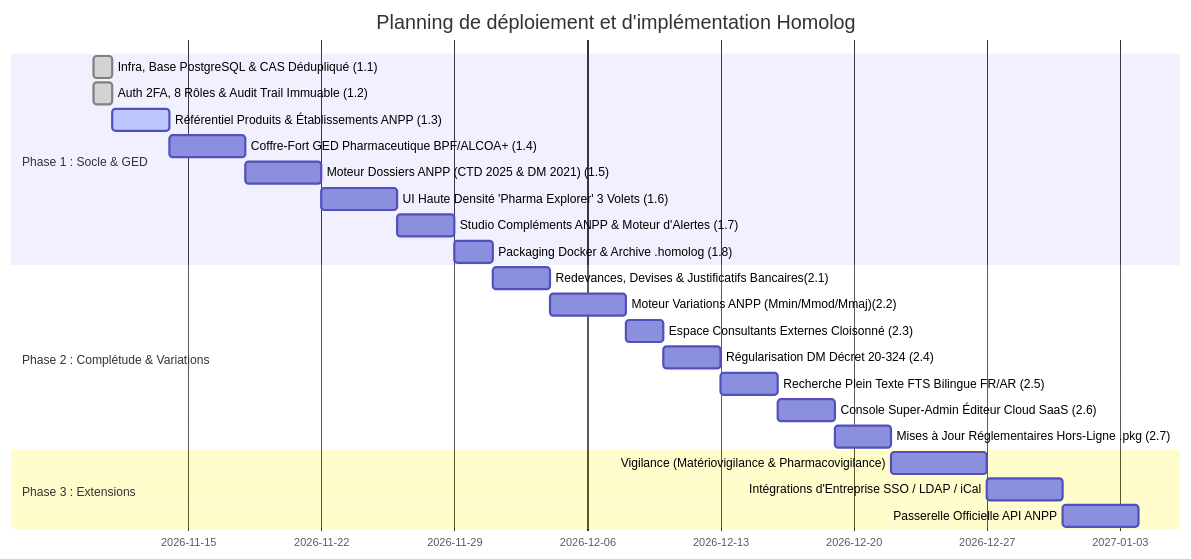
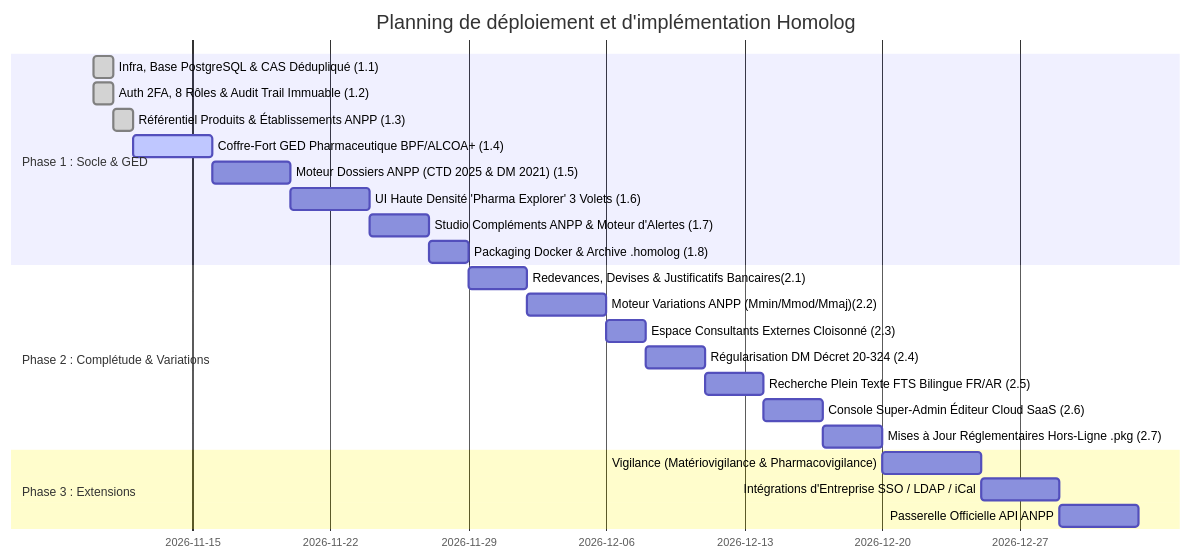
Before and after one commit to aassr1965/homolog: the diagram in docs/roadmap.md, drawn with Mermaid. The commit also changed other lines of this file, not shown here.

Commit message:
docs(roadmap): update Jalon 1.3 as completed and synchronize full regulatory requirements

````diff
--- a/docs/roadmap.md
+++ b/docs/roadmap.md
@@ -18,26 +18,26 @@
 ```mermaid
 gantt
     title Planning de déploiement et d'implémentation Homolog
     dateFormat  YYYY-MM-DD
     section Phase 1 : Socle & GED
     Infra, Base PostgreSQL & CAS Dédupliqué (1.1)    :done, p1_1, 2026-11-10, 1d
     Auth 2FA, 8 Rôles & Audit Trail Immuable (1.2)   :done, p1_2, 2026-11-10, 1d
-    Référentiel Produits & Établissements ANPP (1.3) :active, p1_3, 2026-11-11, 3d
-    Coffre-Fort GED Pharmaceutique BPF/ALCOA+ (1.4)  :p1_4, after p1_3, 4d
+    Référentiel Produits & Établissements ANPP (1.3) :done, p1_3, 2026-11-11, 1d
+    Coffre-Fort GED Pharmaceutique BPF/ALCOA+ (1.4)  :active, p1_4, after p1_3, 4d
     Moteur Dossiers ANPP (CTD 2025 & DM 2021) (1.5)  :p1_5, after p1_4, 4d
     UI Haute Densité 'Pharma Explorer' 3 Volets (1.6):p1_6, after p1_5, 4d
     Studio Compléments ANPP & Moteur d'Alertes (1.7) :p1_7, after p1_6, 3d
     Packaging Docker & Archive .homolog (1.8)        :p1_8, after p1_7, 2d
     section Phase 2 : Complétude & Variations
     Redevances, Devises & Justificatifs Bancaires(2.1):p2_1, after p1_8, 3d
     Moteur Variations ANPP (Mmin/Mmod/Mmaj)(2.2)     :p2_2, after p2_1, 4d
     Espace Consultants Externes Cloisonné (2.3)      :p2_3, after p2_2, 2d
     Régularisation DM Décret 20-324 (2.4)            :p2_4, after p2_3, 3d
     Recherche Plein Texte FTS Bilingue FR/AR (2.5)   :p2_5, after p2_4, 3d
     Console Super-Admin Éditeur Cloud SaaS (2.6)     :p2_6, after p2_5, 3d
     Mises à Jour Réglementaires Hors-Ligne .pkg (2.7):p2_7, after p2_6, 3d
     section Phase 3 : Extensions
     Vigilance (Matériovigilance & Pharmacovigilance) :p3_1, after p2_7, 5d
     Intégrations d'Entreprise SSO / LDAP / iCal      :p3_2, after p3_1, 4d
     Passerelle Officielle API ANPP                   :p3_3, after p3_2, 4d
 ```
````
